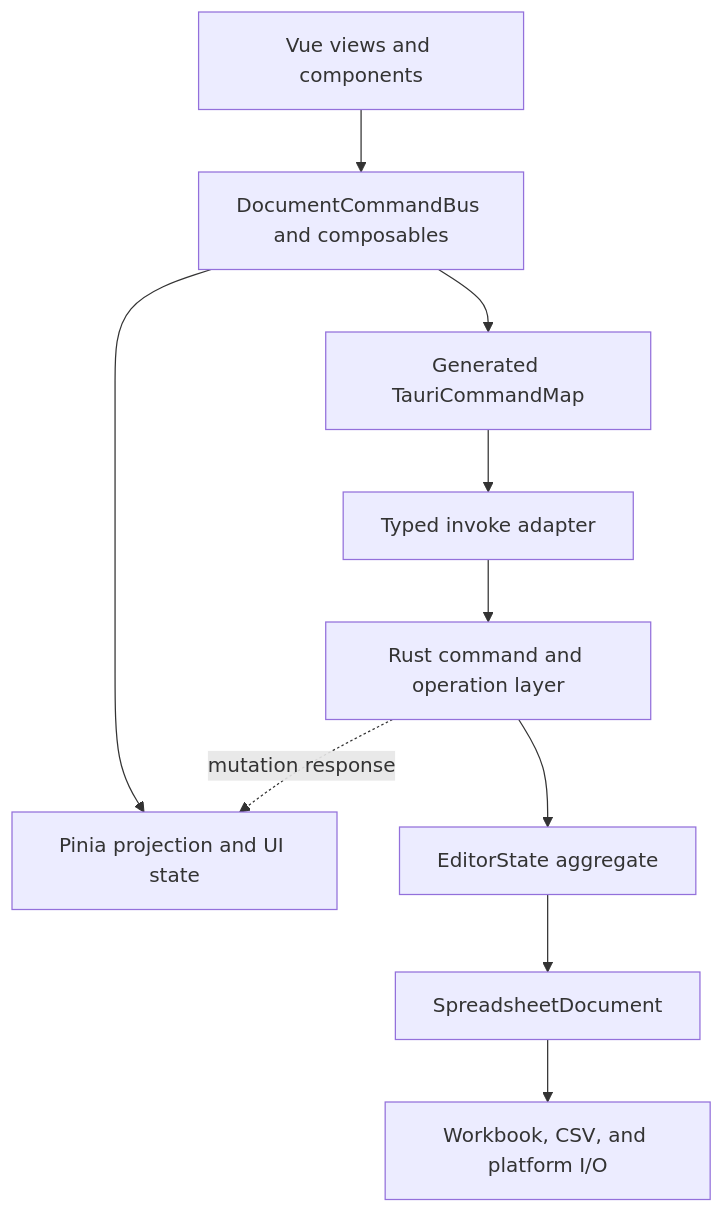
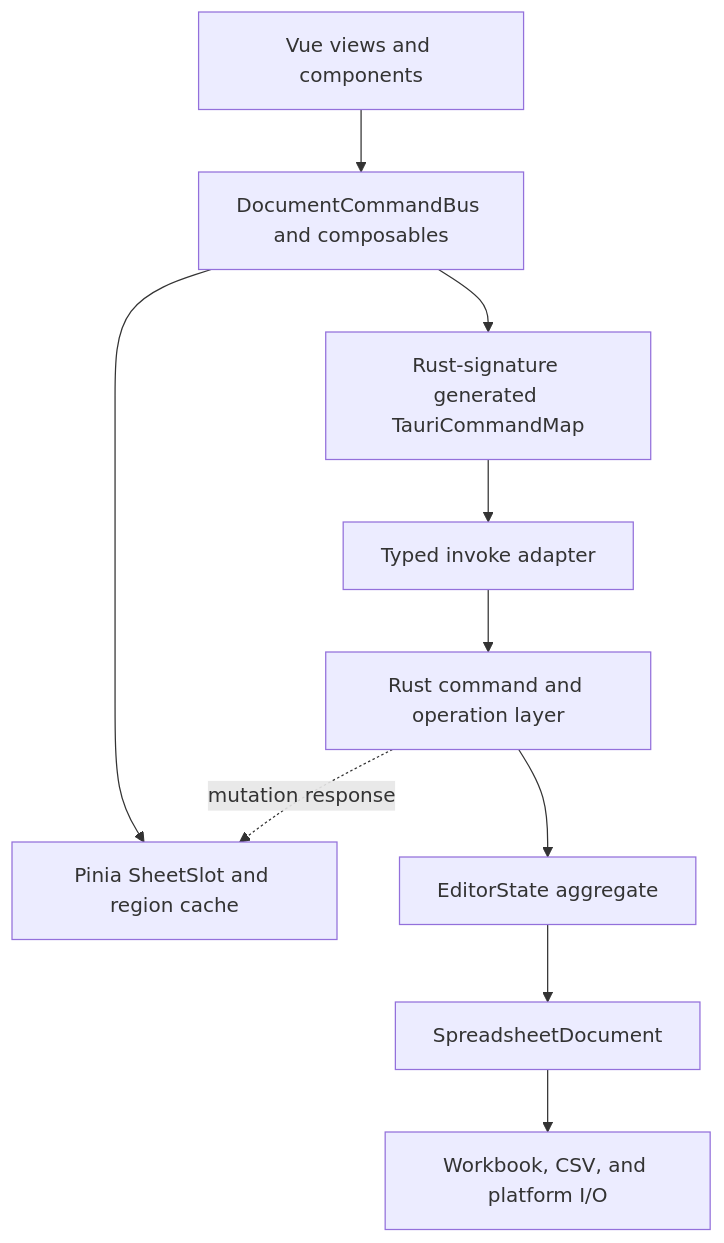
Before and after one commit to mingchiuli/simple-table: the diagram in docs/architecture.md, drawn with Mermaid. The commit also changed other lines of this file and 42 other files, not shown here.

````diff
--- a/docs/architecture.md
+++ b/docs/architecture.md
@@ -8,16 +8,16 @@
 ```mermaid
 flowchart TB
     UI[Vue views and components]
     APP[DocumentCommandBus and composables]
-    STORE[Pinia projection and UI state]
-    RPC[Generated TauriCommandMap]
+    STORE[Pinia SheetSlot and region cache]
+    RPC[Rust-signature generated TauriCommandMap]
     IPC[Typed invoke adapter]
     OPS[Rust command and operation layer]
     STATE[EditorState aggregate]
     DOC[SpreadsheetDocument]
     IO[Workbook, CSV, and platform I/O]
 
     UI --> APP --> STORE
     APP --> RPC --> IPC --> OPS --> STATE --> DOC --> IO
     OPS -. mutation response .-> STORE
 ```
````
